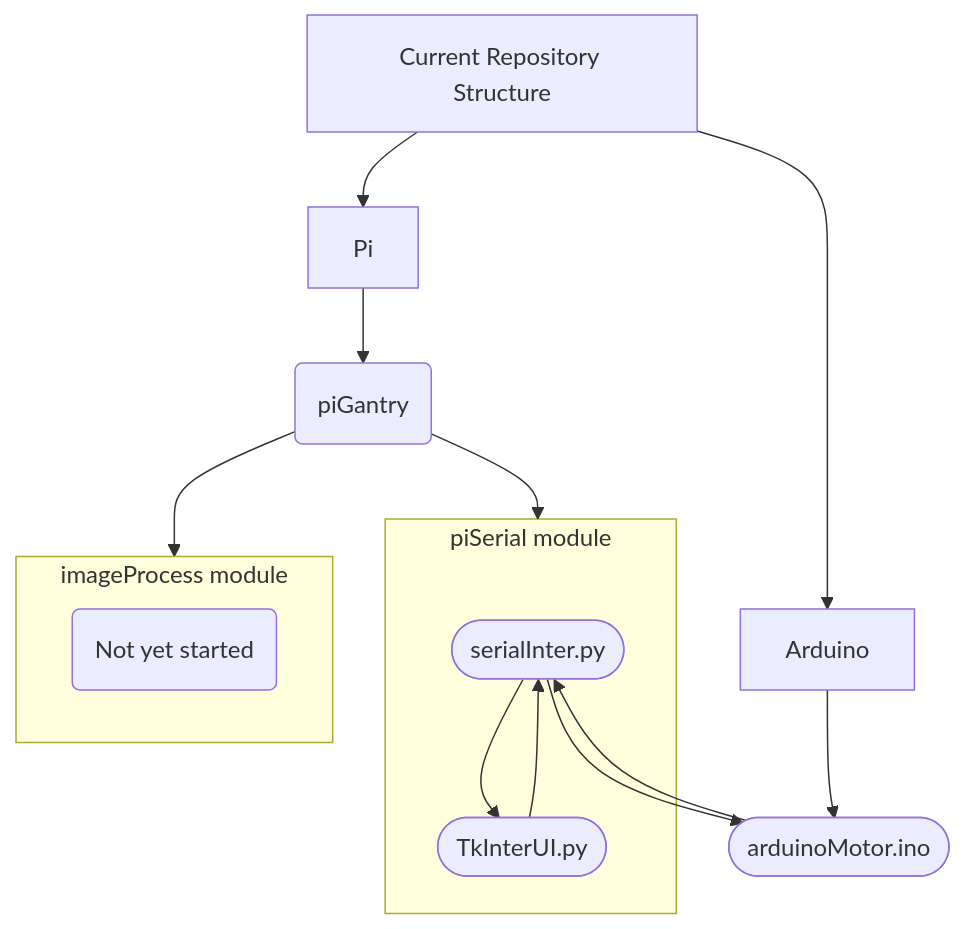
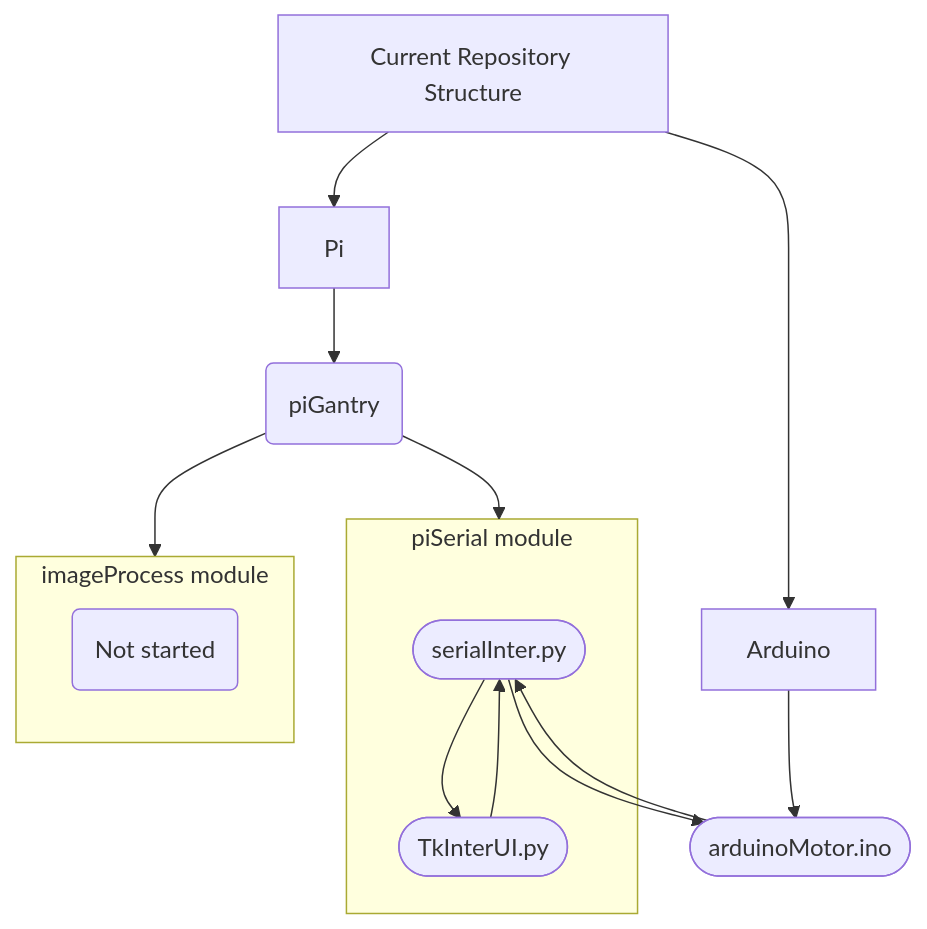
The diagram in mermaidJs/overviewGraph/flow.md.mermaid (CandidDisk/GantryBot), drawn with Mermaid before and after one commit.

```diff
--- a/mermaidJs/overviewGraph/flow.md.mermaid
+++ b/mermaidJs/overviewGraph/flow.md.mermaid
@@ -1,20 +1,20 @@
 flowchart TD
   ganrob[Current Repository Structure] --> Pi
   ganrob --> Arduino
 
   Pi --> B(piGantry)
   B --> imageProcess
   B --> piSerial
 
   subgraph piSerial [piSerial module]
   E([serialInter.py]) --> F
   F([TkInterUI.py]) --> E
   end
 
   subgraph imageProcess [imageProcess module]
-  G(Not yet started)
+  G(Not started)
   end
 
   E --> loco
   Arduino --> loco([arduinoMotor.ino])
   loco --> E
```
